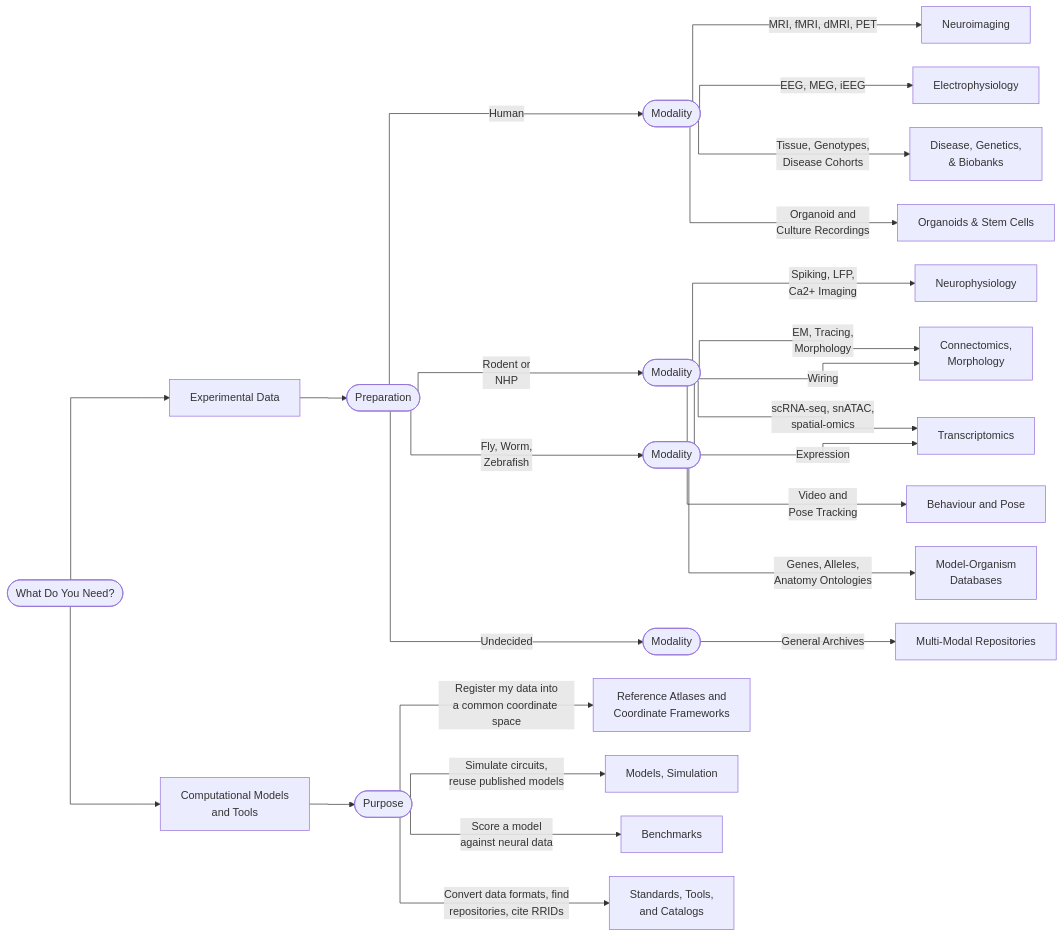
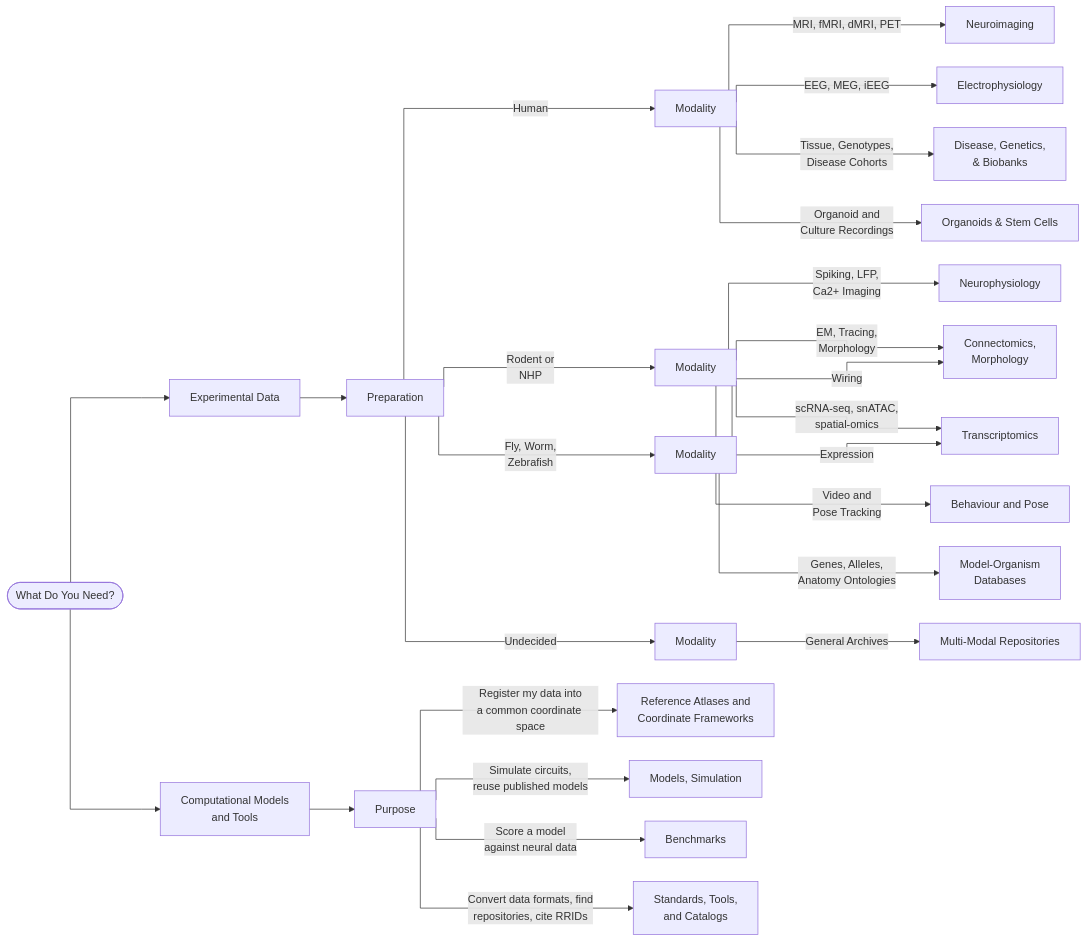
Before and after one commit to lauramedlock/neuroarchives: the diagram in docs/index.md, drawn with Mermaid.

Commit message:
Refactor diagram syntax for clarity in index.md

````diff
--- a/docs/index.md
+++ b/docs/index.md
@@ -41,35 +41,35 @@
 ```mermaid
 %%{init: {"flowchart": {"curve": "stepBefore", "nodeSpacing": 35, "rankSpacing": 55, "useMaxWidth": true}} }%%
 flowchart LR
     START([What Do You Need?])
     START --> EXP[Experimental Data]
     START --> MOD[Computational Models<br>and Tools]
 
-    EXP --> PREP([Preparation])
-    PREP -->|Human| HU([Modality])
-    PREP -->|Rodent or<br>NHP| RO([Modality])
-    PREP -->|Fly, Worm,<br>Zebrafish| INV([Modality])
-    PREP -->|Undecided| GEN([Modality])
+    EXP --> PREP[Preparation]
+    PREP -->|Human| HU[Modality]
+    PREP -->|Rodent or<br>NHP| RO[Modality]
+    PREP -->|Fly, Worm,<br>Zebrafish| INV[Modality]
+    PREP -->|Undecided| GEN[Modality]
 
     HU -->|MRI, fMRI, dMRI, PET| E1[Neuroimaging]
     HU -->|EEG, MEG, iEEG| E2[Electrophysiology]
     HU -->|Tissue, Genotypes,<br>Disease Cohorts| E3[Disease, Genetics,<br>& Biobanks]
     HU -->|Organoid and<br>Culture Recordings| E4[Organoids & Stem Cells]
 
     RO -->|Spiking, LFP,<br>Ca2+ Imaging| E5[Neurophysiology] 
     RO -->|EM, Tracing,<br>Morphology| E6[Connectomics, <br> Morphology]
     RO -->|scRNA-seq, snATAC,<br>spatial-omics| E7[Transcriptomics]
     RO -->|Video and<br>Pose Tracking| E8[Behaviour and Pose]
 
     INV -->|Wiring| E6
     INV -->|Expression| E7
     INV -->|Genes, Alleles,<br>Anatomy Ontologies| E9[Model-Organism<br>Databases]
 
     GEN -->|General Archives| E10[Multi-Modal Repositories]
 
-    MOD --> PURPOSE([Purpose])
+    MOD --> PURPOSE[Purpose]
     PURPOSE -->|Register my data into<br>a common coordinate space| M1[Reference Atlases and<br>Coordinate Frameworks]
     PURPOSE -->|Simulate circuits,<br>reuse published models| M2[Models, Simulation]
     PURPOSE -->|Score a model<br>against neural data| M4[Benchmarks]
     PURPOSE -->|Convert data formats, find<br>repositories, cite RRIDs| M3[Standards, Tools,<br>and Catalogs]
 ```
````
